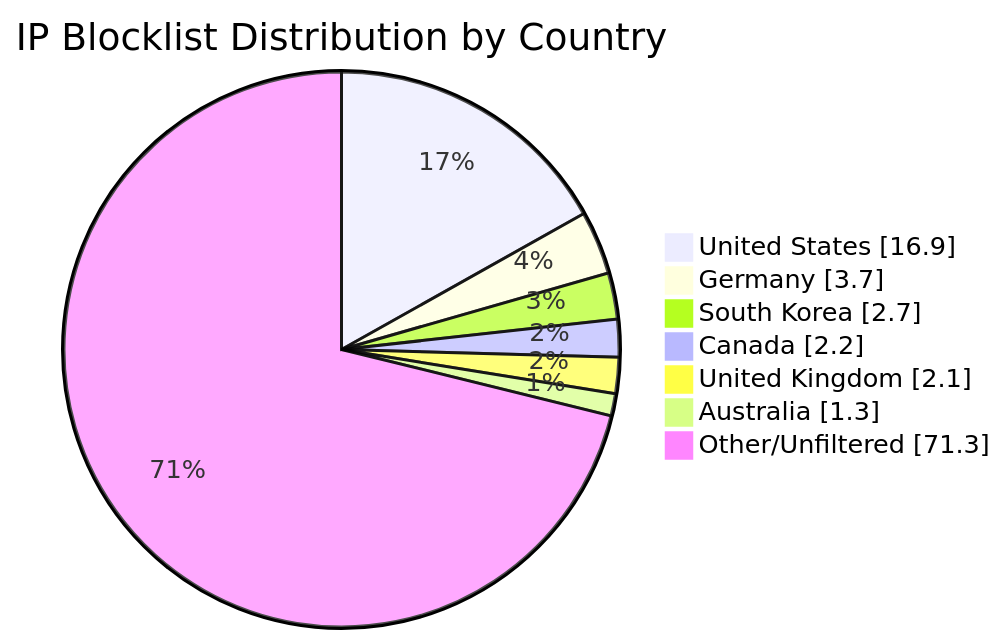
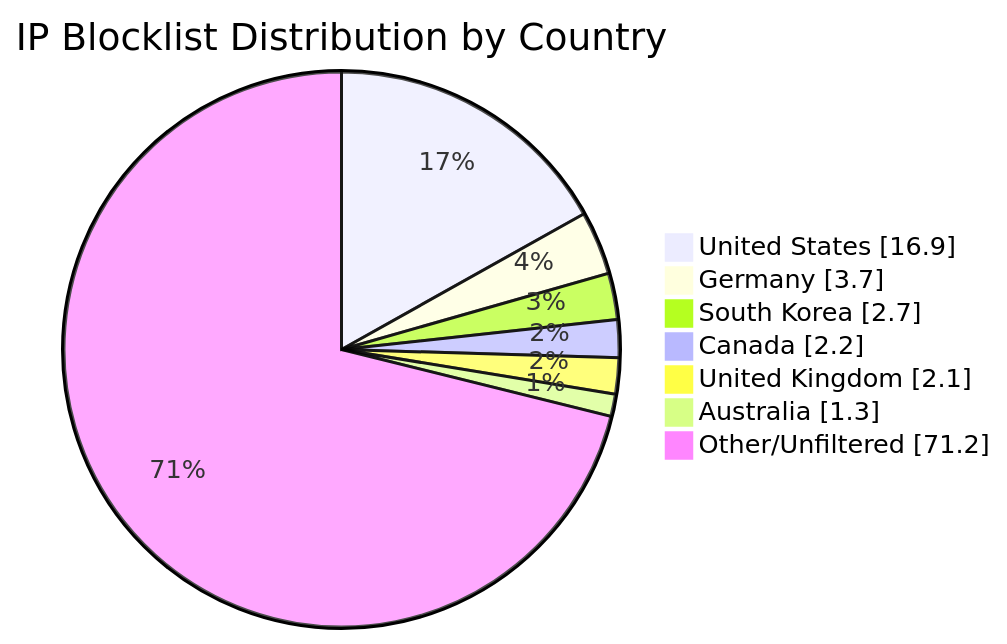
Before and after one commit to MarcusHoltz/ipblocklist-geofiltered-aggregator: the diagram in README.md, drawn with Mermaid. The commit also changed other lines of this file and 9 other files, not shown here.

````diff
--- a/README.md
+++ b/README.md
@@ -34,10 +34,10 @@
 ```mermaid
 pie showData title IP Blocklist Distribution by Country
 "United States" : 16.9
 "Germany" : 3.7
 "South Korea" : 2.7
 "Canada" : 2.2
 "United Kingdom" : 2.1
 "Australia" : 1.3
-"Other/Unfiltered" : 71.3
+"Other/Unfiltered" : 71.2
 ```
````
